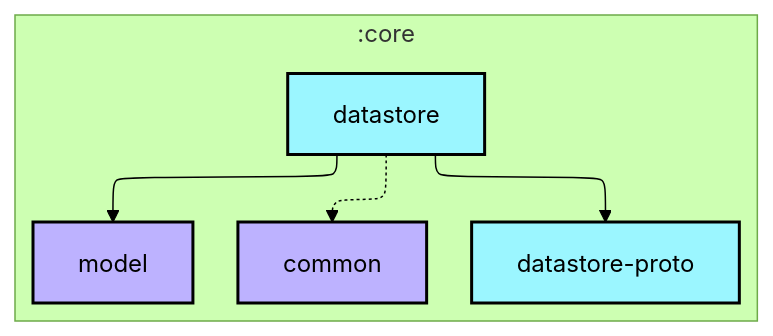
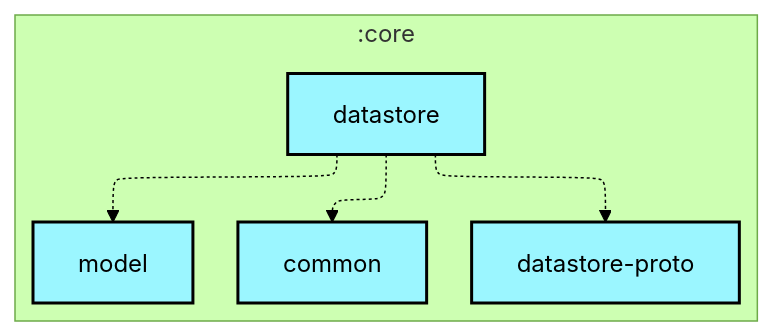
Before and after one commit to lihenggui/nowinkmp: the first of 2 diagrams in core/datastore/README.md, drawn with Mermaid (forest theme). The commit also changed other lines of this file and 29 other files, not shown here.

First line of the commit message:
Fix graphUpdate configuration cache compatibility

````diff
--- a/core/datastore/README.md
+++ b/core/datastore/README.md
@@ -6,27 +6,27 @@
 ```mermaid
 ---
 config:
   layout: elk
   elk:
     nodePlacementStrategy: SIMPLE
 ---
 graph TB
   subgraph :core
     direction TB
-    :core:common[common]:::jvm-library
-    :core:datastore[datastore]:::android-library
-    :core:datastore-proto[datastore-proto]:::android-library
-    :core:model[model]:::jvm-library
+    :core:common[common]:::kmp-library
+    :core:datastore[datastore]:::kmp-library
+    :core:datastore-proto[datastore-proto]:::kmp-library
+    :core:model[model]:::kmp-library
   end
 
   :core:datastore -.-> :core:common
-  :core:datastore --> :core:datastore-proto
-  :core:datastore --> :core:model
+  :core:datastore -.-> :core:datastore-proto
+  :core:datastore -.-> :core:model
 
-classDef android-application fill:#CAFFBF,stroke:#000,stroke-width:2px,color:#000;
-classDef android-feature fill:#FFD6A5,stroke:#000,stroke-width:2px,color:#000;
-classDef android-library fill:#9BF6FF,stroke:#000,stroke-width:2px,color:#000;
+classDef cmp-application fill:#CAFFBF,stroke:#000,stroke-width:2px,color:#000;
+classDef cmp-feature fill:#FFD6A5,stroke:#000,stroke-width:2px,color:#000;
+classDef kmp-library fill:#9BF6FF,stroke:#000,stroke-width:2px,color:#000;
+classDef jvm-library fill:#BDB2FF,stroke:#000,stroke-width:2px,color:#000;
 classDef android-test fill:#A0C4FF,stroke:#000,stroke-width:2px,color:#000;
-classDef jvm-library fill:#BDB2FF,stroke:#000,stroke-width:2px,color:#000;
 classDef unknown fill:#FFADAD,stroke:#000,stroke-width:2px,color:#000;
 ```
````
